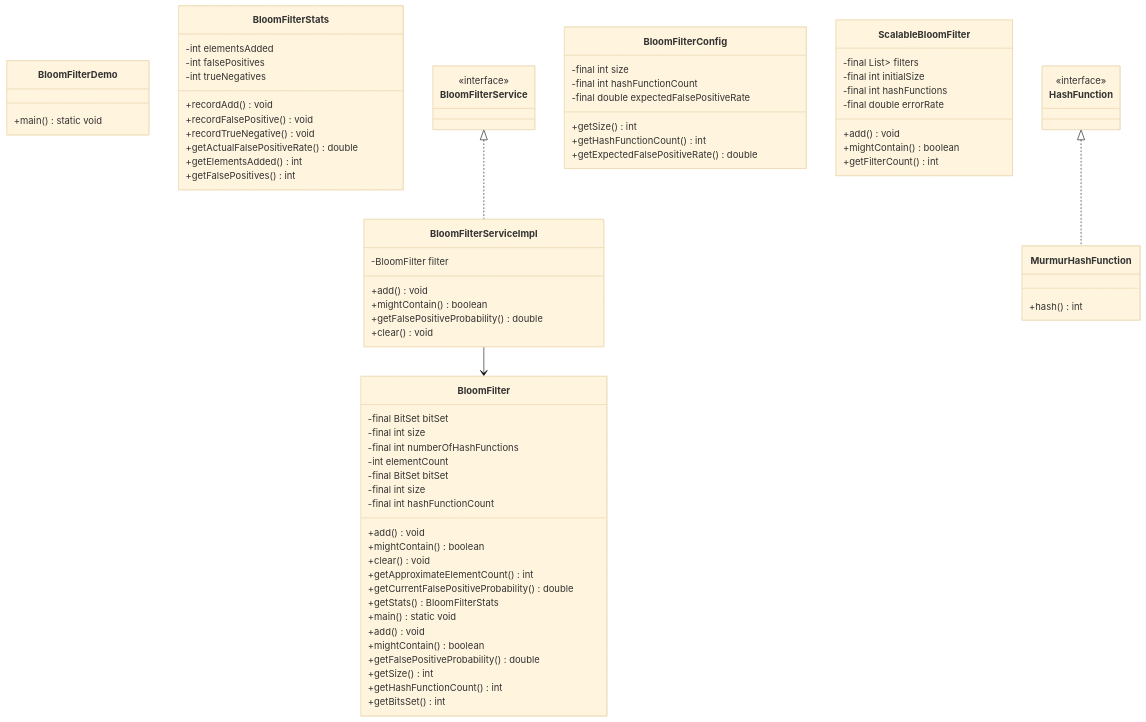
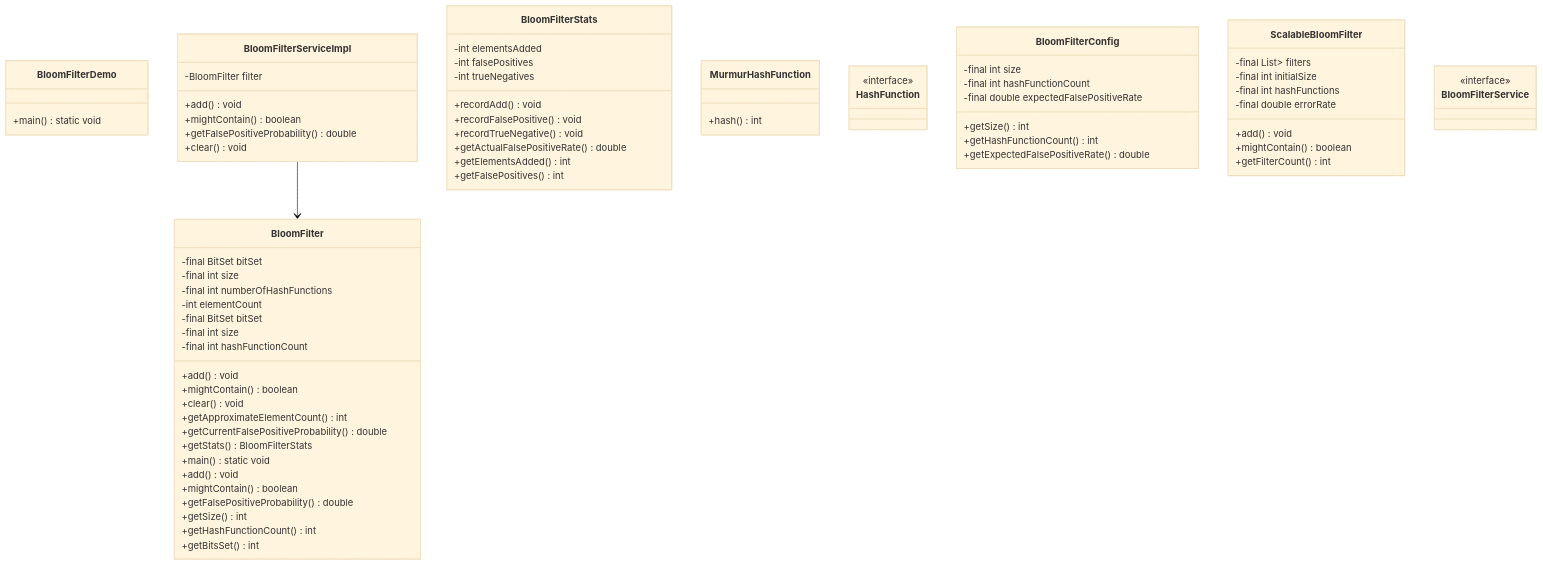
Before and after one commit to dlkr18/lld-playbook: the diagram in docs/problems/bloomfilter/README.md, drawn with Mermaid (base theme). The commit also changed 119 other files, not shown here.

First line of the commit message:
feat: add comprehensive relationships to all class diagrams

````diff
--- a/docs/problems/bloomfilter/README.md
+++ b/docs/problems/bloomfilter/README.md
@@ -133,7 +133,5 @@
     class BloomFilterService
     <<interface>> BloomFilterService
 
-    BloomFilterService <|.. BloomFilterServiceImpl
     BloomFilterServiceImpl --> BloomFilter
-    HashFunction <|.. MurmurHashFunction
 ```
````
